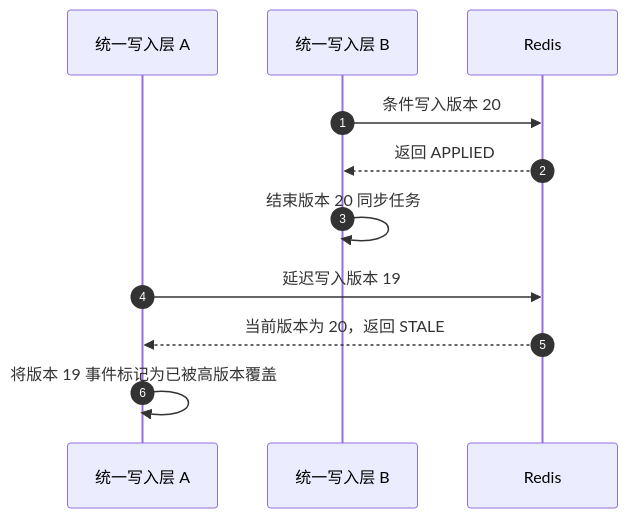
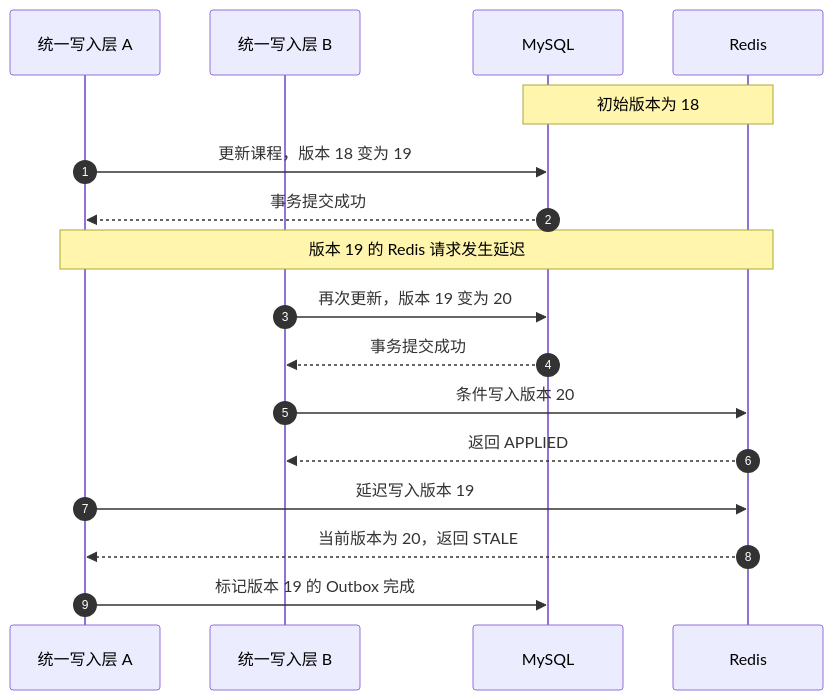
One commit to zdl20251023-pixel/agent-frame changed diagram 22 of 28 in docs/redis/126-redis-4种缓存模式-分享版-极简版.md. Above: the diagram before and after it, drawn with Mermaid. The commit also changed other lines of this file, not shown here.

Commit message:
redis 四大缓存模式 简化版本  简化3.3

````diff
--- a/docs/redis/126-redis-4种缓存模式-分享版-极简版.md
+++ b/docs/redis/126-redis-4种缓存模式-分享版-极简版.md
@@ -902,17 +1008,27 @@
 ```mermaid
 sequenceDiagram
     autonumber
+
     participant StoreA as 统一写入层 A
     participant StoreB as 统一写入层 B
+    participant MySQL as MySQL
     participant Redis as Redis
+
+    Note over MySQL,Redis: 初始版本为 18
+
+    StoreA->>MySQL: 更新课程，版本 18 变为 19
+    MySQL-->>StoreA: 事务提交成功
+
+    Note over StoreA,Redis: 版本 19 的 Redis 请求发生延迟
+
+    StoreB->>MySQL: 再次更新，版本 19 变为 20
+    MySQL-->>StoreB: 事务提交成功
 
     StoreB->>Redis: 条件写入版本 20
     Redis-->>StoreB: 返回 APPLIED
 
-    StoreB->>StoreB: 结束版本 20 同步任务
-
     StoreA->>Redis: 延迟写入版本 19
     Redis-->>StoreA: 当前版本为 20，返回 STALE
 
-    StoreA->>StoreA: 将版本 19 事件标记为已被高版本覆盖
+    StoreA->>MySQL: 标记版本 19 的 Outbox 完成
 ```
````
